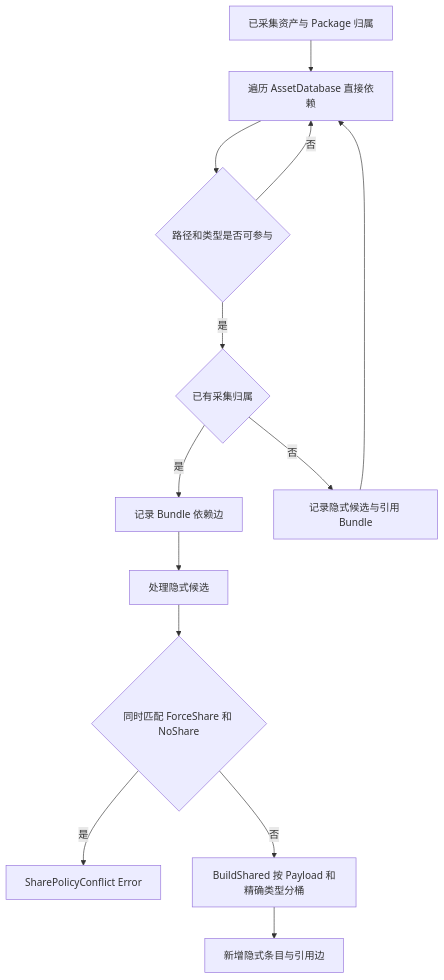
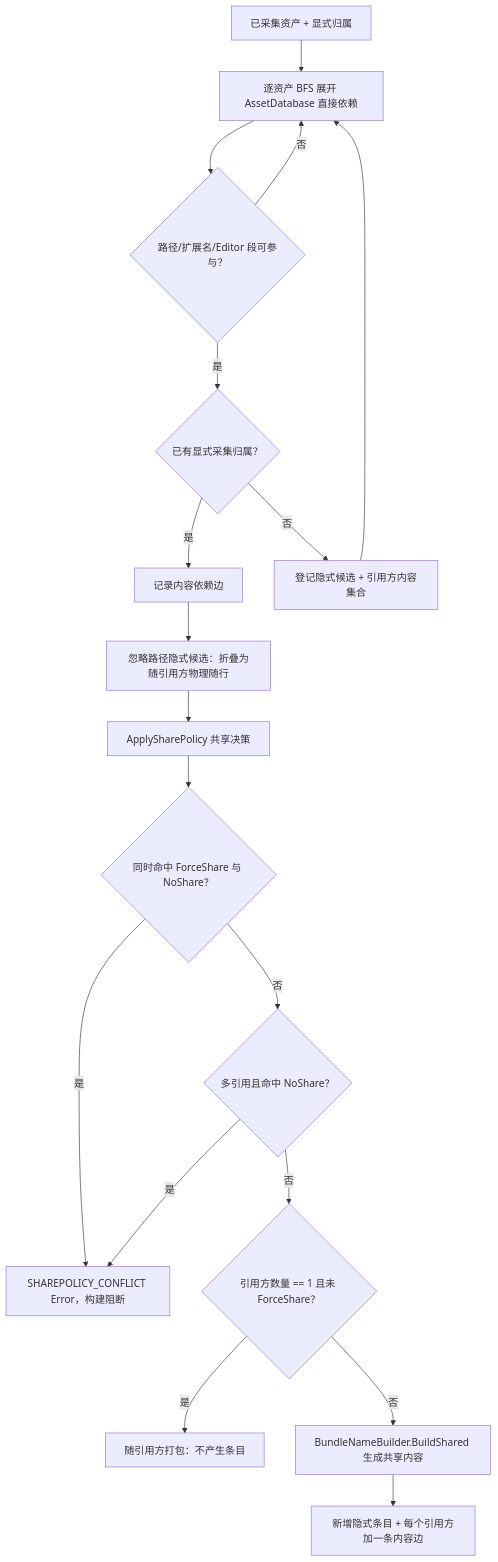
One commit to gitfirehappy/XLuaHotfix changed the diagram in docs/FYAsset/dependency-analysis-依赖分析.md. Above: the diagram before and after it, drawn with Mermaid. The commit also changed other lines of this file and 459 other files, not shown here.

````diff
--- a/docs/FYAsset/dependency-analysis-依赖分析.md
+++ b/docs/FYAsset/dependency-analysis-依赖分析.md
@@ -20,15 +31,20 @@
 ```mermaid
 flowchart TD
-    A[已采集资产与 Package 归属] --> B[遍历 AssetDatabase 直接依赖]
-    B --> C{路径和类型是否可参与}
+    A["已采集资产 + 显式归属"] --> B["逐资产 BFS 展开 AssetDatabase 直接依赖"]
+    B --> C{"路径/扩展名/Editor 段可参与？"}
     C -->|否| B
-    C -->|是| D{已有采集归属}
-    D -->|是| E[记录 Bundle 依赖边]
-    D -->|否| F[记录隐式候选与引用 Bundle]
+    C -->|是| D{"已有显式采集归属？"}
+    D -->|是| E["记录内容依赖边"]
+    D -->|否| F["登记隐式候选 + 引用方内容集合"]
     F --> B
-    E --> G[处理隐式候选]
-    G --> H{同时匹配 ForceShare 和 NoShare}
-    H -->|是| I[SharePolicyConflict Error]
-    H -->|否| J[BuildShared 按 Payload 和精确类型分桶]
-    J --> K[新增隐式条目与引用边]
+    E --> G["忽略路径隐式候选：折叠为随引用方物理随行"]
+    G --> H["ApplySharePolicy 共享决策"]
+    H --> I{"同时命中 ForceShare 与 NoShare？"}
+    I -->|是| J["SHAREPOLICY_CONFLICT Error，构建阻断"]
+    I -->|否| K{"多引用且命中 NoShare？"}
+    K -->|是| J
+    K -->|否| L{"引用方数量 == 1 且未 ForceShare？"}
+    L -->|是| M["随引用方打包：不产生条目"]
+    L -->|否| N["BundleNameBuilder.BuildShared 生成共享内容"]
+    N --> O["新增隐式条目 + 每个引用方加一条内容边"]
 ```
````
